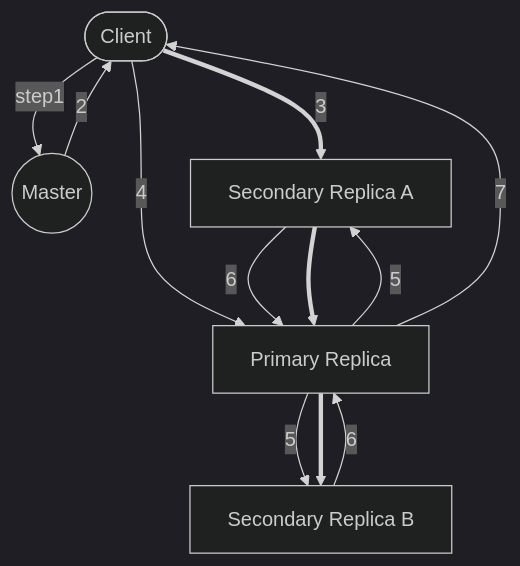
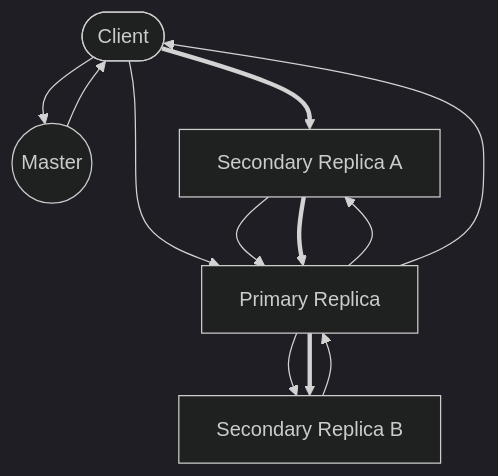
The second of 5 diagrams in _posts/2022-07-08-test-mermaid.md (cs0/cs0.github.io), drawn with Mermaid (dark theme) before and after one commit.

````diff
--- a/_posts/2022-07-08-test-mermaid.md
+++ b/_posts/2022-07-08-test-mermaid.md
@@ -19,19 +19,19 @@
 ```mermaid
 graph TB;
     A([Client])
     B((Master))
     C[Secondary Replica A]
     D[Primary Replica]
     E[Secondary Replica B]
-    A -->|step1| B;
-    B -->|2| A;
-    A ==>|3| C;
-    A -->|4| D;
-    C -->|6| D;
+    A --> B;
+    B --> A;
+    A ==> C;
+    A --> D;
+    C --> D;
     C ==> D
-    D -->|5| C;
-    D -->|5| E;
+    D --> C;
+    D --> E;
     D ==> E;
-    E -->|6| D;
-    D -->|7| A;
+    E --> D;
+    D --> A;
 ```
````
